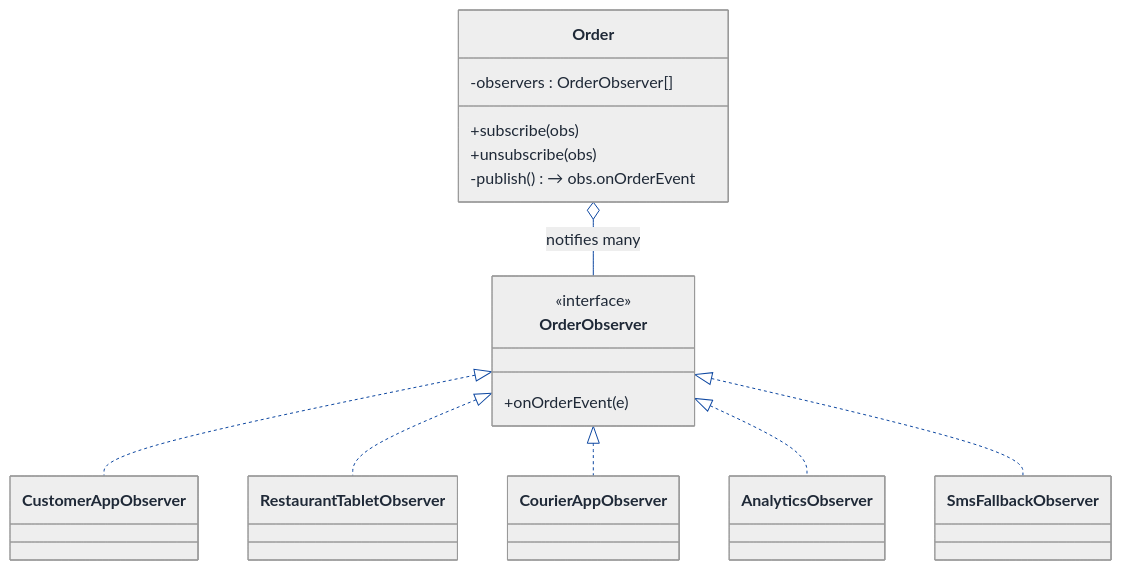
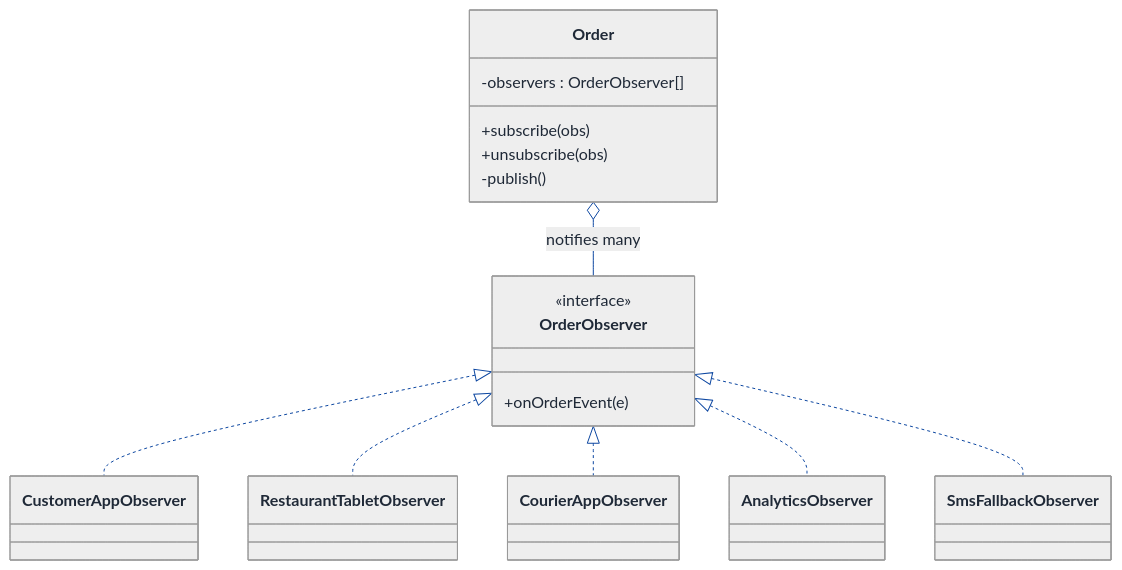
Before and after one commit to Prateek-5/question-bank: the fourth of 9 diagrams in LLD/Topics/State_Pattern/Food_Delivery_System.md, drawn with Mermaid. The commit also changed other lines of this file and 61 other files, not shown here.

First line of the commit message:
Fix invalid mermaid classDiagram member syntax across LLD walkthroughs

````diff
--- a/LLD/Topics/State_Pattern/Food_Delivery_System.md
+++ b/LLD/Topics/State_Pattern/Food_Delivery_System.md
@@ -823,57 +823,57 @@
 ```mermaid
 ---
 config:
   theme: neutral
   themeVariables:
     background: '#ffffff'
     primaryColor: '#cfe2ff'
     primaryTextColor: '#1f2937'
     primaryBorderColor: '#084298'
     secondaryColor: '#fff3cd'
     secondaryTextColor: '#1f2937'
     secondaryBorderColor: '#664d03'
     tertiaryColor: '#d1e7dd'
     tertiaryTextColor: '#1f2937'
     tertiaryBorderColor: '#0a3622'
     lineColor: '#0d47a1'
     textColor: '#1f2937'
     noteBkgColor: '#fff3cd'
     noteTextColor: '#1f2937'
     noteBorderColor: '#997404'
     actorBkg: '#cfe2ff'
     actorBorder: '#084298'
     actorTextColor: '#1f2937'
     signalColor: '#0d47a1'
     signalTextColor: '#1f2937'
     labelBoxBkgColor: '#ffffff'
     labelBoxBorderColor: '#d3d3d3'
     labelTextColor: '#1f2937'
     edgeLabelBackground: '#ffffff'
     labelBackground: '#ffffff'
     classText: '#1f2937'
     fontFamily: 'system-ui, -apple-system, Segoe UI, Helvetica, Arial, sans-serif'
 ---
 classDiagram
   direction TB
   class Order {
     -observers : OrderObserver[]
     +subscribe(obs)
     +unsubscribe(obs)
-    -publish() → obs.onOrderEvent
+    -publish()
   }
   class OrderObserver {
     <<interface>>
     +onOrderEvent(e)
   }
   class CustomerAppObserver
   class RestaurantTabletObserver
   class CourierAppObserver
   class AnalyticsObserver
   class SmsFallbackObserver
   Order o-- OrderObserver : notifies many
   OrderObserver <|.. CustomerAppObserver
   OrderObserver <|.. RestaurantTabletObserver
   OrderObserver <|.. CourierAppObserver
   OrderObserver <|.. AnalyticsObserver
   OrderObserver <|.. SmsFallbackObserver
 ```
````
